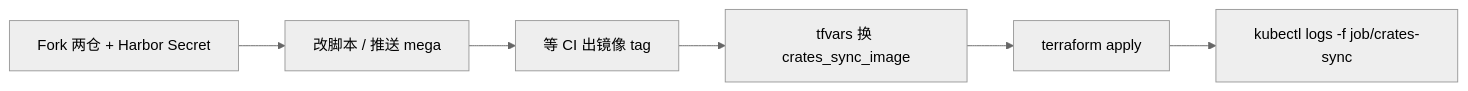
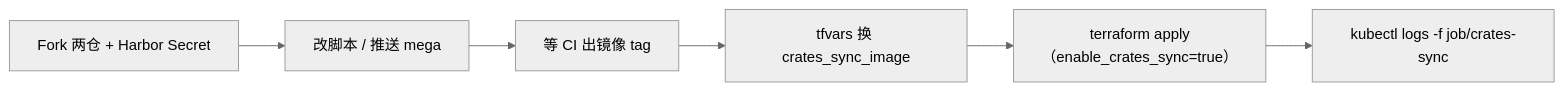
One commit to benjamin-747/mega changed the diagram in scripts/crates-sync/上手指南.md. Above: the diagram before and after it, drawn with Mermaid (neutral theme). The commit also changed other lines of this file and 14 other files, not shown here.

First line of the commit message:
fix(crates-sync): reap git zombie processes and harden worker loop (#2176)

````diff
--- a/scripts/crates-sync/上手指南.md
+++ b/scripts/crates-sync/上手指南.md
@@ -90,8 +100,8 @@
 ```mermaid
 flowchart LR
   A[Fork 两仓 + Harbor Secret] --> B[改脚本 / 推送 mega]
   B --> C[等 CI 出镜像 tag]
   C --> D[tfvars 换 crates_sync_image]
-  D --> E[terraform apply]
+  D --> E["terraform apply（enable_crates_sync=true）"]
   E --> F[kubectl logs -f job/crates-sync]
 ```
````
